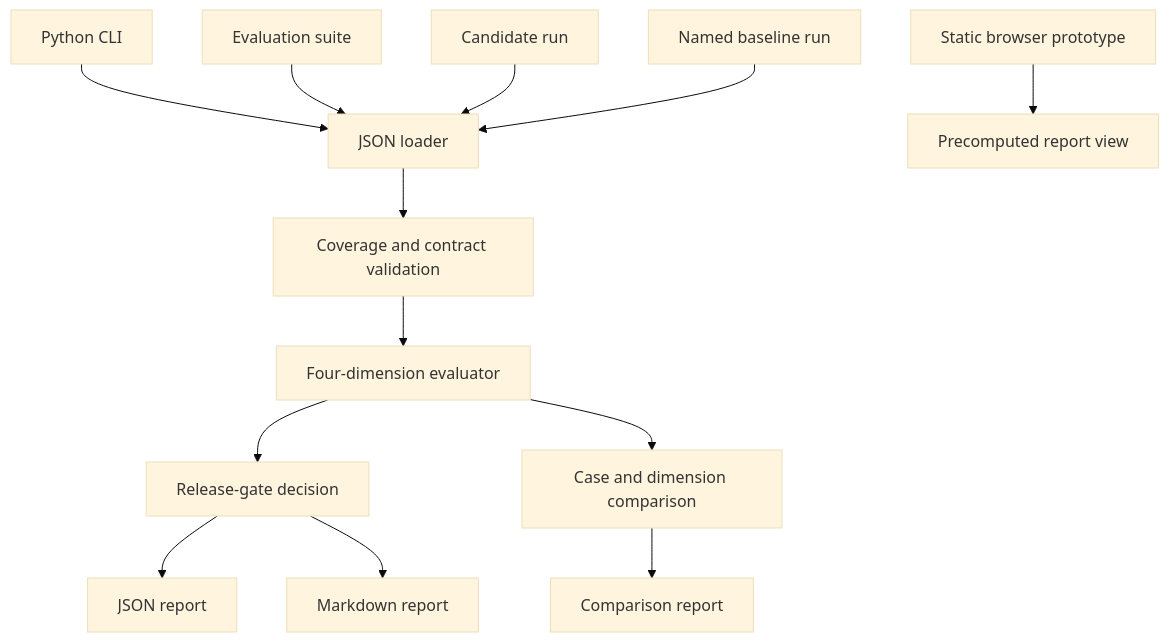
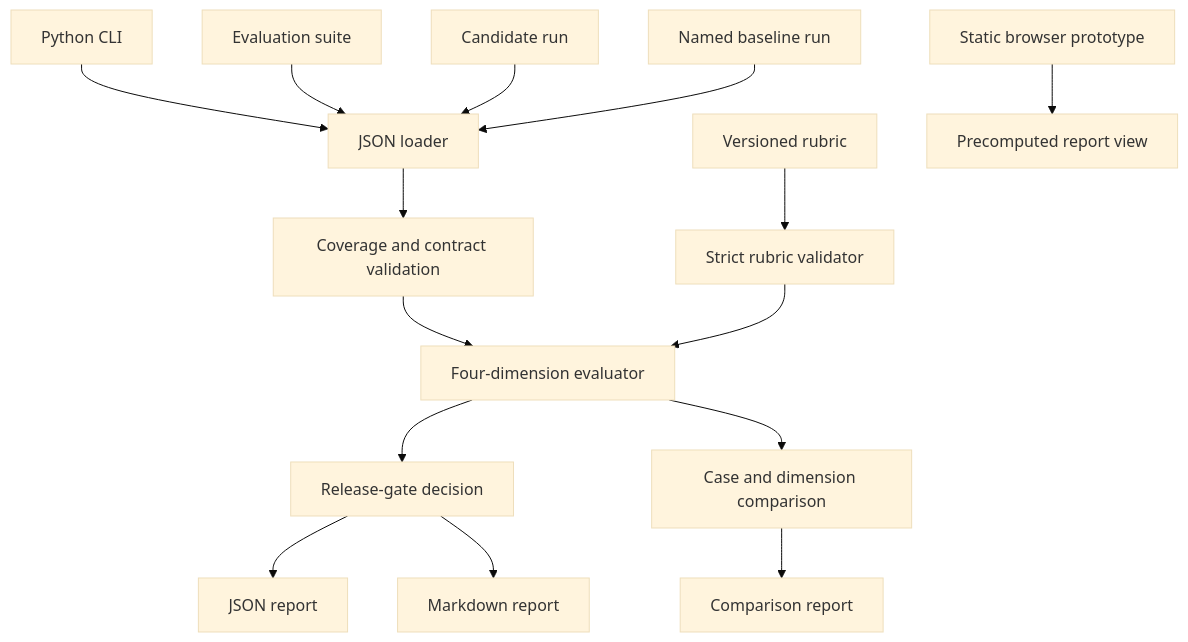
Before and after one commit to magicyao2028-pixel/ai-product-agent-evaluation-lab: the diagram in docs/ARCHITECTURE.md, drawn with Mermaid (base theme). The commit also changed other lines of this file and 21 other files, not shown here.

````diff
--- a/docs/ARCHITECTURE.md
+++ b/docs/ARCHITECTURE.md
@@ -13,15 +13,17 @@
 ```mermaid
 flowchart TB
     CLI[Python CLI] --> L[JSON loader]
     S[Evaluation suite] --> L
     C[Candidate run] --> L
     B[Named baseline run] --> L
+    R[Versioned rubric] --> RV[Strict rubric validator]
     L --> V[Coverage and contract validation]
     V --> D[Four-dimension evaluator]
+    RV --> D
     D --> G[Release-gate decision]
     G --> J[JSON report]
     G --> M[Markdown report]
     D --> CMP[Case and dimension comparison]
     CMP --> CR[Comparison report]
     WEB[Static browser prototype] --> VIEW[Precomputed report view]
 ```
````
